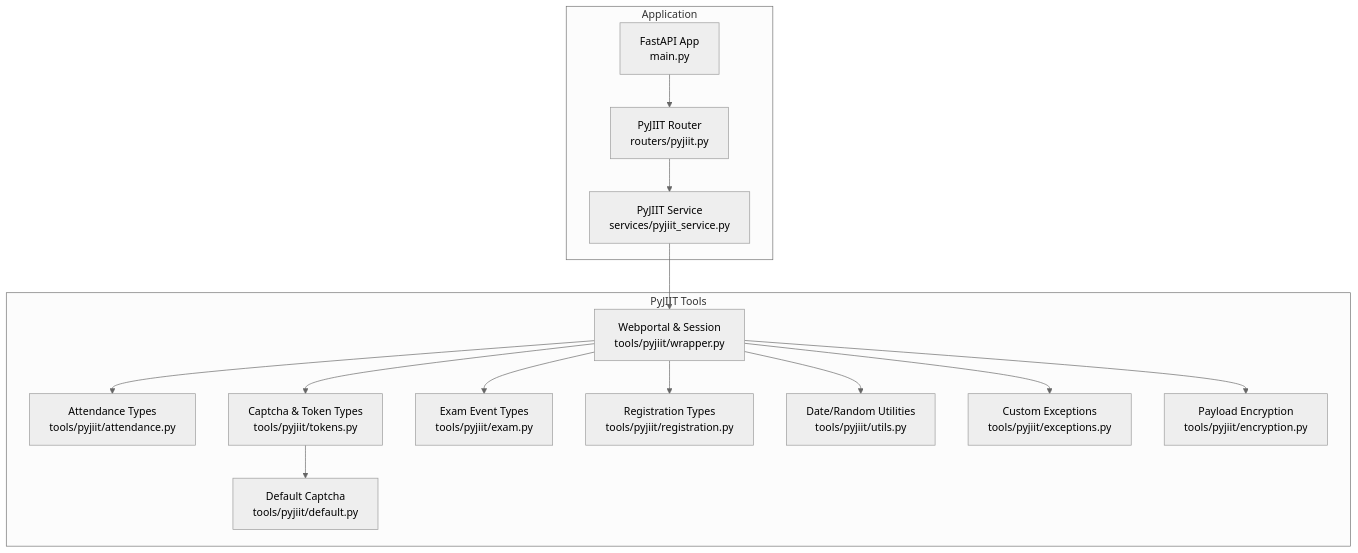
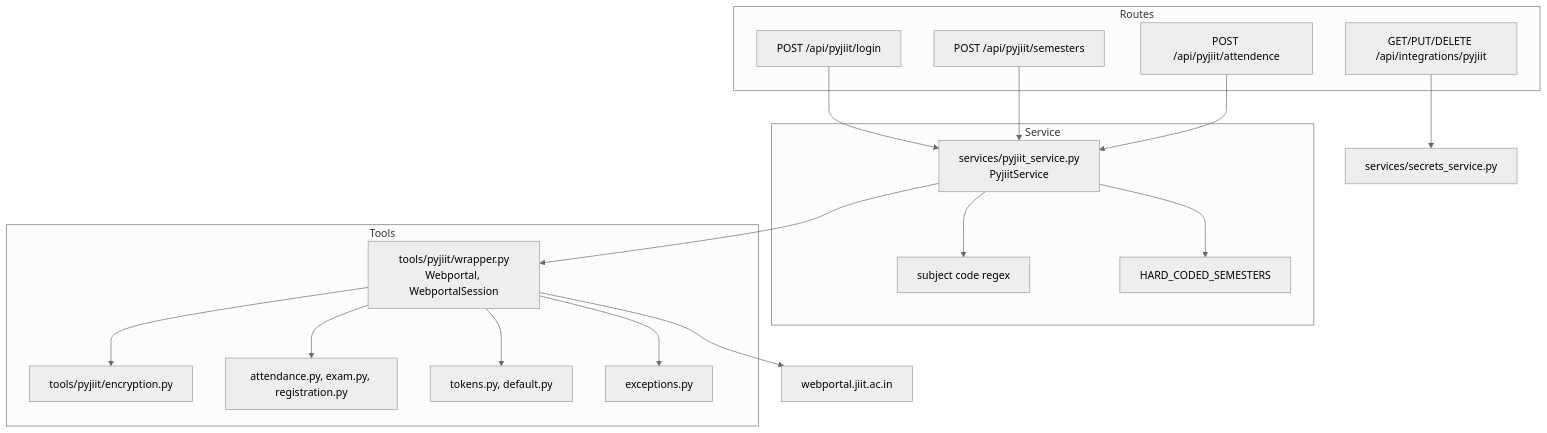
One commit to tashifkhan/tashif.codes changed the first of 6 diagrams in src/data/docs/agentic-browser/Service Integrations/Academic Portal Integration.md. Above: the diagram before and after it, drawn with Mermaid (neutral theme). The commit also changed other lines of this file and 114 other files, not shown here.

````diff
--- a/src/data/docs/agentic-browser/Service Integrations/Academic Portal Integration.md
+++ b/src/data/docs/agentic-browser/Service Integrations/Academic Portal Integration.md
@@ -9,29 +19,34 @@
 ```mermaid
 graph TB
-subgraph "Application"
-API["FastAPI App<br/>main.py"]
-Router["PyJIIT Router<br/>routers/pyjiit.py"]
-Service["PyJIIT Service<br/>services/pyjiit_service.py"]
-end
-subgraph "PyJIIT Tools"
-Wrapper["Webportal & Session<br/>tools/pyjiit/wrapper.py"]
-Attendance["Attendance Types<br/>tools/pyjiit/attendance.py"]
-Tokens["Captcha & Token Types<br/>tools/pyjiit/tokens.py"]
-Defaults["Default Captcha<br/>tools/pyjiit/default.py"]
-Exam["Exam Event Types<br/>tools/pyjiit/exam.py"]
-Registration["Registration Types<br/>tools/pyjiit/registration.py"]
-Utils["Date/Random Utilities<br/>tools/pyjiit/utils.py"]
-Exceptions["Custom Exceptions<br/>tools/pyjiit/exceptions.py"]
-Encryption["Payload Encryption<br/>tools/pyjiit/encryption.py"]
-end
-API --> Router --> Service
-Service --> Wrapper
-Wrapper --> Attendance
-Wrapper --> Tokens
-Wrapper --> Exam
-Wrapper --> Registration
-Wrapper --> Encryption
-Wrapper --> Exceptions
-Wrapper --> Utils
-Tokens --> Defaults
+  subgraph Routes
+    Login["POST /api/pyjiit/login"]
+    Semesters["POST /api/pyjiit/semesters"]
+    Attendance["POST /api/pyjiit/attendence"]
+    Config["GET/PUT/DELETE /api/integrations/pyjiit"]
+  end
+  subgraph Service
+    Svc["services/pyjiit_service.py<br/>PyjiitService"]
+    Normalize["subject code regex"]
+    Map["HARD_CODED_SEMESTERS"]
+  end
+  subgraph Tools
+    Wrapper["tools/pyjiit/wrapper.py<br/>Webportal, WebportalSession"]
+    Enc["tools/pyjiit/encryption.py"]
+    Types["attendance.py, exam.py, registration.py"]
+    Tokens["tokens.py, default.py"]
+    Errors["exceptions.py"]
+  end
+  Portal["webportal.jiit.ac.in"]
+  Login --> Svc
+  Semesters --> Svc
+  Attendance --> Svc
+  Svc --> Wrapper
+  Svc --> Normalize
+  Svc --> Map
+  Wrapper --> Enc
+  Wrapper --> Types
+  Wrapper --> Tokens
+  Wrapper --> Errors
+  Wrapper --> Portal
+  Config --> Secrets["services/secrets_service.py"]
 ```
````
